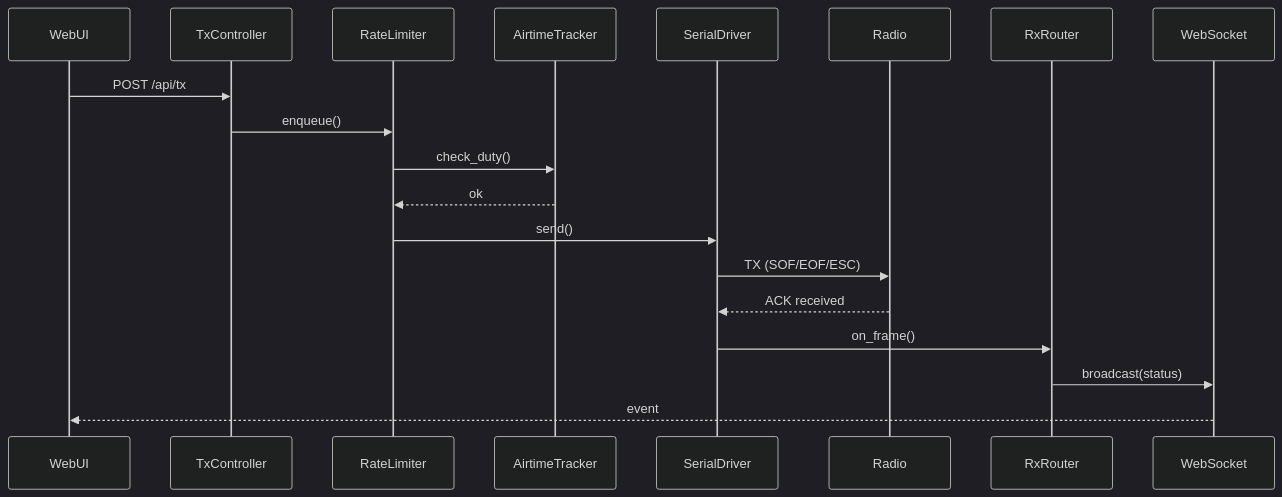
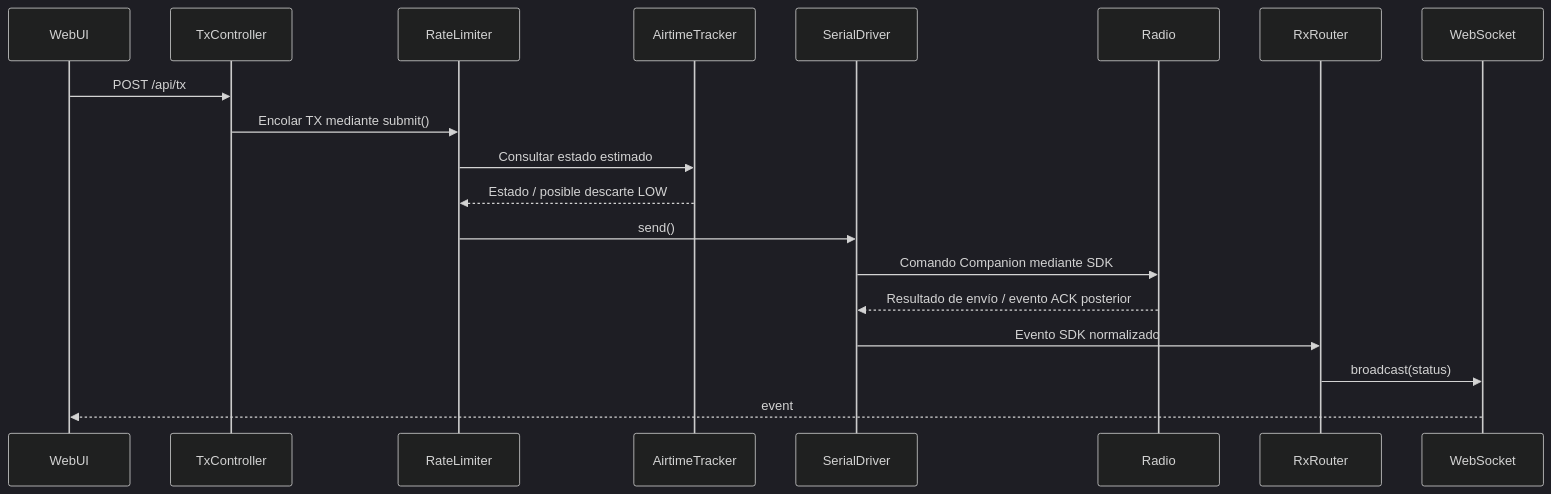
The fourth of 7 diagrams in docs/ARCHITECTURE.md (cyber89/meshcore-bridge-client), drawn with Mermaid (dark theme) before and after one commit. The commit also changed other lines of this file and 110 other files, not shown here.

````diff
--- a/docs/ARCHITECTURE.md
+++ b/docs/ARCHITECTURE.md
@@ -167,22 +244,22 @@
 ```mermaid
 sequenceDiagram
     participant WebUI
     participant TxController
     participant RateLimiter
     participant AirtimeTracker
     participant SerialDriver
     participant Radio
     participant RxRouter
     participant WebSocket
 
     WebUI->>TxController: POST /api/tx
-    TxController->>RateLimiter: enqueue()
-    RateLimiter->>AirtimeTracker: check_duty()
-    AirtimeTracker-->>RateLimiter: ok
+    TxController->>RateLimiter: Encolar TX mediante submit()
+    RateLimiter->>AirtimeTracker: Consultar estado estimado
+    AirtimeTracker-->>RateLimiter: Estado / posible descarte LOW
     RateLimiter->>SerialDriver: send()
-    SerialDriver->>Radio: TX (SOF/EOF/ESC)
-    Radio-->>SerialDriver: ACK received
-    SerialDriver->>RxRouter: on_frame()
+    SerialDriver->>Radio: Comando Companion mediante SDK
+    Radio-->>SerialDriver: Resultado de envío / evento ACK posterior
+    SerialDriver->>RxRouter: Evento SDK normalizado
     RxRouter->>WebSocket: broadcast(status)
     WebSocket-->>WebUI: event
 ```
````
